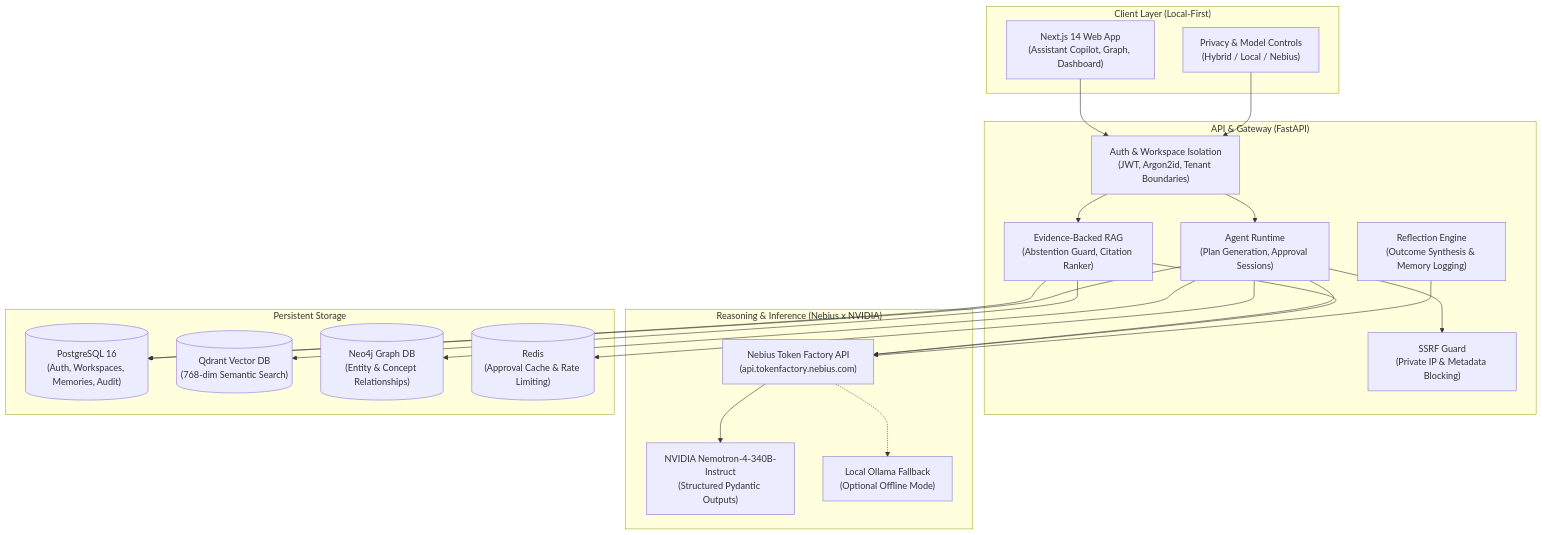
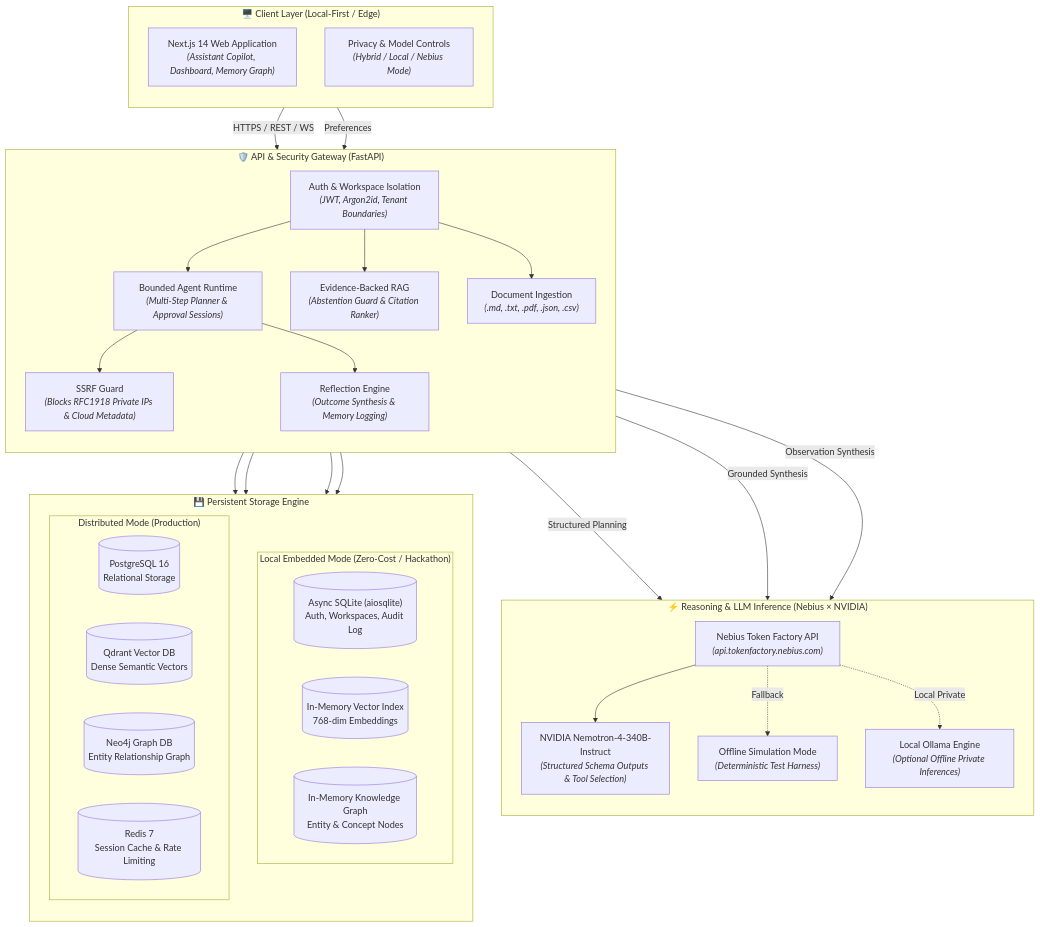
Before and after one commit to ManyaS-Git/synapseos: the diagram in README.md, drawn with Mermaid. The commit also changed other lines of this file and 3 other files, not shown here.

Commit message:
docs: enrich README with live deployment links, architecture diagram, and UI screenshots

````diff
--- a/README.md
+++ b/README.md
@@ -41,44 +75,66 @@
 ```mermaid
-graph TB
-    subgraph "Client Layer (Local-First)"
-        Web["Next.js 14 Web App<br/>(Assistant Copilot, Graph, Dashboard)"]
-        Settings["Privacy & Model Controls<br/>(Hybrid / Local / Nebius)"]
+flowchart TB
+    subgraph ClientLayer["🖥️ Client Layer (Local-First / Edge)"]
+        direction TB
+        WebApp["Next.js 14 Web Application<br/><i>(Assistant Copilot, Dashboard, Memory Graph)</i>"]
+        Controls["Privacy & Model Controls<br/><i>(Hybrid / Local / Nebius Mode)</i>"]
     end
 
-    subgraph "API & Gateway (FastAPI)"
-        Auth["Auth & Workspace Isolation<br/>(JWT, Argon2id, Tenant Boundaries)"]
-        AgentRuntime["Agent Runtime<br/>(Plan Generation, Approval Sessions)"]
-        RAGPipe["Evidence-Backed RAG<br/>(Abstention Guard, Citation Ranker)"]
-        Reflect["Reflection Engine<br/>(Outcome Synthesis & Memory Logging)"]
-        SSRF["SSRF Guard<br/>(Private IP & Metadata Blocking)"]
+    subgraph GatewayLayer["🛡️ API & Security Gateway (FastAPI)"]
+        direction TB
+        AuthService["Auth & Workspace Isolation<br/><i>(JWT, Argon2id, Tenant Boundaries)</i>"]
+        AgentRuntime["Bounded Agent Runtime<br/><i>(Multi-Step Planner & Approval Sessions)</i>"]
+        RAGPipeline["Evidence-Backed RAG<br/><i>(Abstention Guard & Citation Ranker)</i>"]
+        ReflectionEngine["Reflection Engine<br/><i>(Outcome Synthesis & Memory Logging)</i>"]
+        SSRFGuard["SSRF Guard<br/><i>(Blocks RFC1918 Private IPs & Cloud Metadata)</i>"]
+        DocIngest["Document Ingestion<br/><i>(.md, .txt, .pdf, .json, .csv)</i>"]
     end
 
-    subgraph "Reasoning & Inference (Nebius x NVIDIA)"
-        Nebius["Nebius Token Factory API<br/>(api.tokenfactory.nebius.com)"]
-        Nemotron["NVIDIA Nemotron-4-340B-Instruct<br/>(Structured Pydantic Outputs)"]
-        LocalOllama["Local Ollama Fallback<br/>(Optional Offline Mode)"]
+    subgraph InferenceLayer["⚡ Reasoning & LLM Inference (Nebius × NVIDIA)"]
+        direction TB
+        NebiusGateway["Nebius Token Factory API<br/><i>(api.tokenfactory.nebius.com)</i>"]
+        NemotronModel["NVIDIA Nemotron-4-340B-Instruct<br/><i>(Structured Schema Outputs & Tool Selection)</i>"]
+        SimEngine["Offline Simulation Mode<br/><i>(Deterministic Test Harness)</i>"]
+        OllamaEngine["Local Ollama Engine<br/><i>(Optional Offline Private Inferences)</i>"]
     end
 
-    subgraph "Persistent Storage"
-        Postgres[("PostgreSQL 16<br/>(Auth, Workspaces, Memories, Audit)")]
-        Qdrant[("Qdrant Vector DB<br/>(768-dim Semantic Search)")]
-        Neo4j[("Neo4j Graph DB<br/>(Entity & Concept Relationships)")]
-        Redis[("Redis<br/>(Approval Cache & Rate Limiting)")]
+    subgraph StorageLayer["💾 Persistent Storage Engine"]
+        direction TB
+        subgraph EmbeddedMode["Local Embedded Mode (Zero-Cost / Hackathon)"]
+            SQLiteDB[("Async SQLite (aiosqlite)<br/>Auth, Workspaces, Audit Log")]
+            LocalVector[("In-Memory Vector Index<br/>768-dim Embeddings")]
+            LocalGraph[("In-Memory Knowledge Graph<br/>Entity & Concept Nodes")]
+        end
+        subgraph DistributedMode["Distributed Mode (Production)"]
+            PostgreSQL[("PostgreSQL 16<br/>Relational Storage")]
+            QdrantDB[("Qdrant Vector DB<br/>Dense Semantic Vectors")]
+            Neo4jDB[("Neo4j Graph DB<br/>Entity Relationship Graph")]
+            RedisCache[("Redis 7<br/>Session Cache & Rate Limiting")]
+        end
     end
 
-    Web --> Auth
-    Settings --> Auth
-    Auth --> AgentRuntime
-    Auth --> RAGPipe
-    AgentRuntime --> SSRF
-    AgentRuntime --> Nebius
-    RAGPipe --> Nebius
-    Reflect --> Nebius
-    Nebius --> Nemotron
-    Nebius -.-> LocalOllama
-    RAGPipe --> Qdrant
-    RAGPipe --> Postgres
-    AgentRuntime --> Postgres
-    AgentRuntime --> Neo4j
-    AgentRuntime --> Redis
+    %% Client to Gateway
+    WebApp -->|HTTPS / REST / WS| AuthService
+    Controls -->|Preferences| AuthService
+    AuthService --> AgentRuntime
+    AuthService --> RAGPipeline
+    AuthService --> DocIngest
+
+    %% Gateway to Security & Internal Modules
+    AgentRuntime --> SSRFGuard
+    AgentRuntime --> ReflectionEngine
+
+    %% Gateway to Inference
+    AgentRuntime -->|Structured Planning| NebiusGateway
+    RAGPipeline -->|Grounded Synthesis| NebiusGateway
+    ReflectionEngine -->|Observation Synthesis| NebiusGateway
+    NebiusGateway --> NemotronModel
+    NebiusGateway -.->|Fallback| SimEngine
+    NebiusGateway -.->|Local Private| OllamaEngine
+
+    %% Gateway to Storage
+    DocIngest --> StorageLayer
+    RAGPipeline --> StorageLayer
+    AgentRuntime --> StorageLayer
+    ReflectionEngine --> StorageLayer
 ```
````
